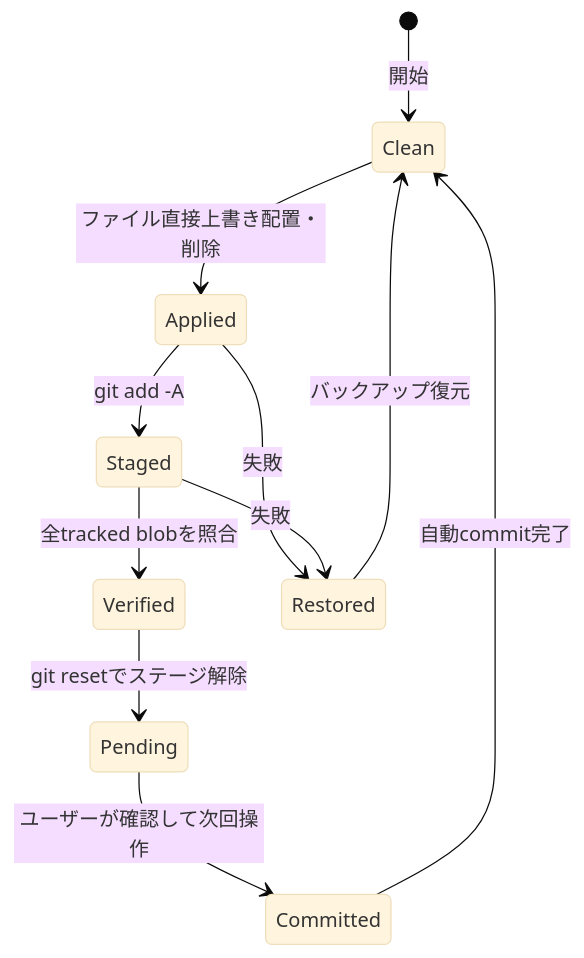
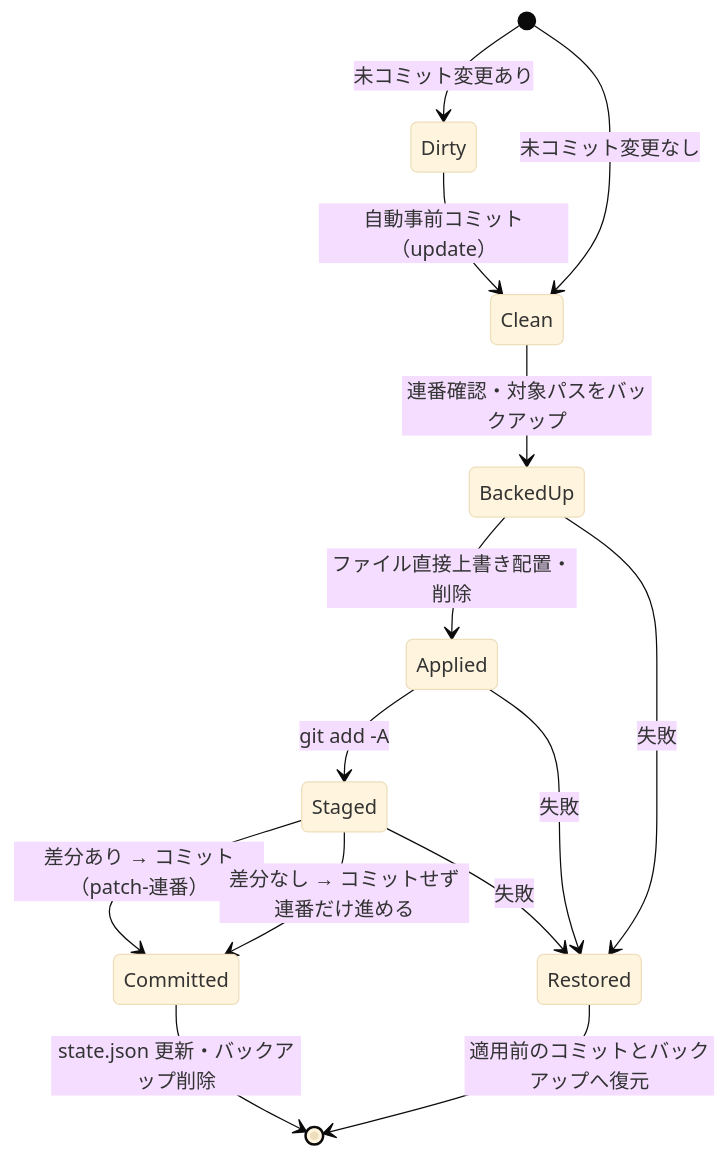
Before and after one commit to myao9494/myao-patch-bridge: the second of 2 diagrams in docs/architecture.md, drawn with Mermaid (base theme). The commit also changed other lines of this file and 16 other files, not shown here.

````diff
--- a/docs/architecture.md
+++ b/docs/architecture.md
@@ -68,13 +72,16 @@
 ```mermaid
 stateDiagram-v2
-    [*] --> Clean: 開始
-    Clean --> Applied: ファイル直接上書き配置・削除
+    [*] --> Dirty: 未コミット変更あり
+    [*] --> Clean: 未コミット変更なし
+    Dirty --> Clean: 自動事前コミット（update）
+    Clean --> BackedUp: 連番確認・対象パスをバックアップ
+    BackedUp --> Applied: ファイル直接上書き配置・削除
     Applied --> Staged: git add -A
-    Staged --> Verified: 全tracked blobを照合
-    Verified --> Pending: git resetでステージ解除
-    Pending --> Committed: ユーザーが確認して次回操作
-    Committed --> Clean: 自動commit完了
+    Staged --> Committed: 差分あり → コミット（patch-連番）
+    Staged --> Committed: 差分なし → コミットせず連番だけ進める
+    Committed --> [*]: state.json 更新・バックアップ削除
+    BackedUp --> Restored: 失敗
     Applied --> Restored: 失敗
     Staged --> Restored: 失敗
-    Restored --> Clean: バックアップ復元
+    Restored --> [*]: 適用前のコミットとバックアップへ復元
 ```
````
